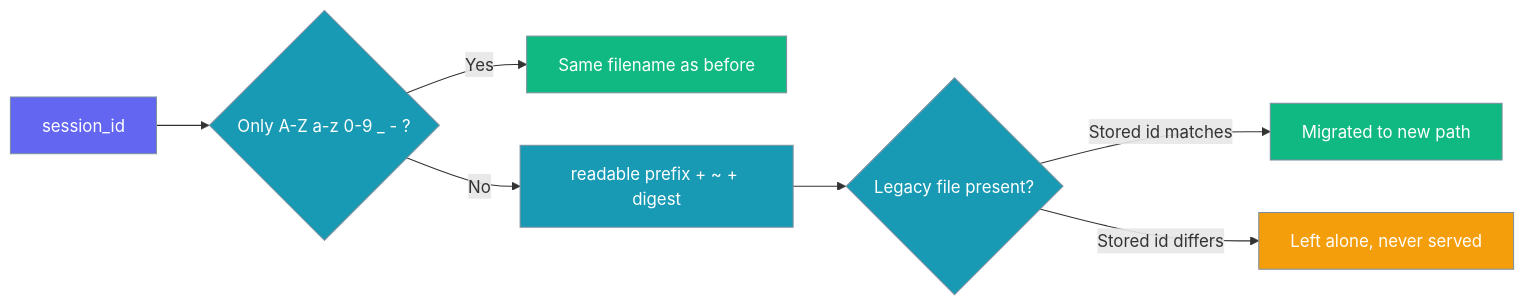
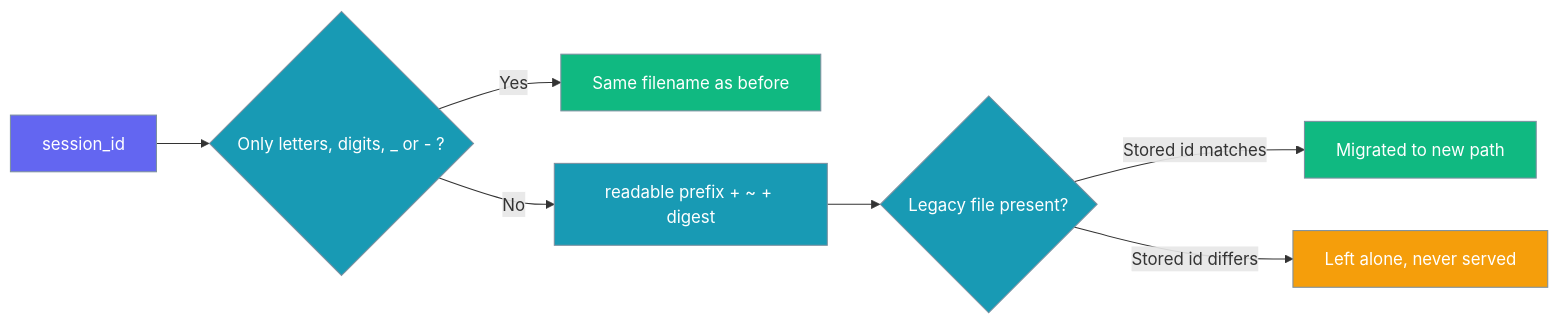
The fourth of 7 diagrams in docs/features/session-store.mdx (MervinPraison/PraisonAIDocs), drawn with Mermaid before and after one commit. The commit also changed other lines of this file and 1 other file, not shown here.

Commit message:
fix: safe session ids include Unicode letters/digits (refs #4788)

````diff
--- a/docs/features/session-store.mdx
+++ b/docs/features/session-store.mdx
@@ -132,19 +132,19 @@
 ```mermaid
 graph LR
-    Id[session_id] --> Q{Only A-Z a-z 0-9 _ - ?}
+    Id[session_id] --> Q{Only letters, digits, _ or - ?}
     Q -->|Yes| Safe[Same filename as before]
     Q -->|No| Hashed[readable prefix + ~ + digest]
     Hashed --> L{Legacy file present?}
     L -->|Stored id matches| Move[Migrated to new path]
     L -->|Stored id differs| Keep[Left alone, never served]
 
     classDef input fill:#6366F1,stroke:#7C90A0,color:#fff
     classDef process fill:#189AB4,stroke:#7C90A0,color:#fff
     classDef output fill:#10B981,stroke:#7C90A0,color:#fff
     classDef warn fill:#F59E0B,stroke:#7C90A0,color:#fff
 
     class Id input
     class Q,L,Hashed process
     class Safe,Move output
     class Keep warn
 ```
````
